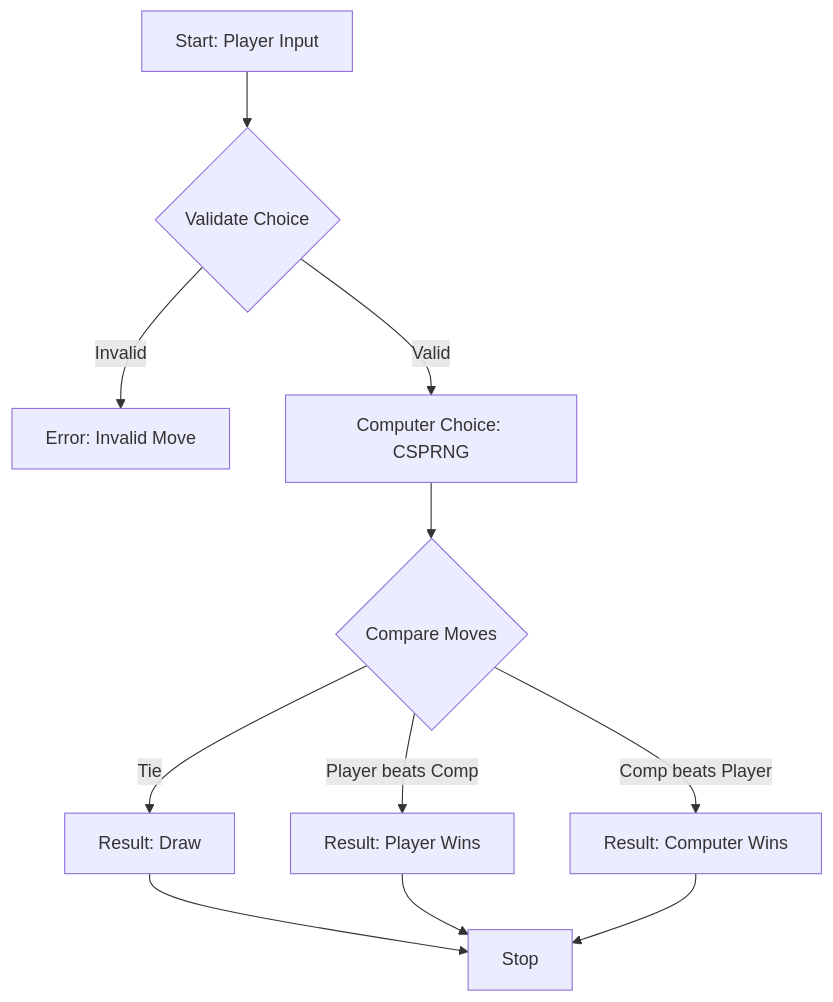
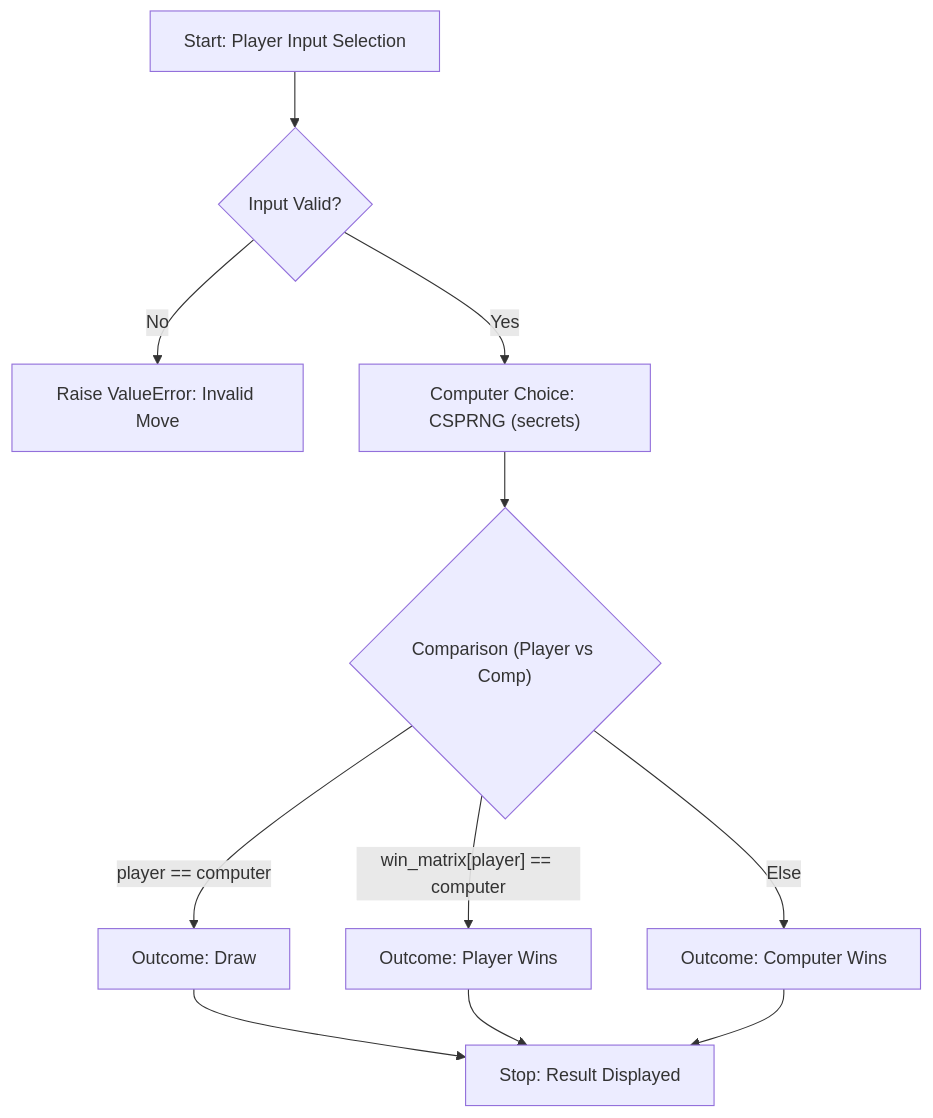
One commit to Amey-Thakur/PYTHON-SHORTS changed the first of 2 diagrams in Source Code/Rock Paper Scissors/README.md. Above: the diagram before and after it, drawn with Mermaid. The commit also changed other lines of this file and 3 other files, not shown here.

````diff
--- a/Source Code/Rock Paper Scissors/README.md
+++ b/Source Code/Rock Paper Scissors/README.md
@@ -61,13 +64,13 @@
 ```mermaid
-graph TD
-    A[Start: Player Input] --> B{Validate Choice}
-    B -- Invalid --> C[Error: Invalid Move]
-    B -- Valid --> D[Computer Choice: CSPRNG]
-    D --> E{Compare Moves}
-    E -- Tie --> F[Result: Draw]
-    E -- Player beats Comp --> G[Result: Player Wins]
-    E -- Comp beats Player --> H[Result: Computer Wins]
-    F --> I[Stop]
+flowchart TD
+    A["Start: Player Input Selection"] --> B{"Input Valid?"}
+    B -- "No" --> C["Raise ValueError: Invalid Move"]
+    B -- "Yes" --> D["Computer Choice: CSPRNG (secrets)"]
+    D --> E{"Comparison (Player vs Comp)"}
+    E -- "player == computer" --> F["Outcome: Draw"]
+    E -- "win_matrix[player] == computer" --> G["Outcome: Player Wins"]
+    E -- "Else" --> H["Outcome: Computer Wins"]
+    F --> I["Stop: Result Displayed"]
     G --> I
     H --> I
 ```
````
